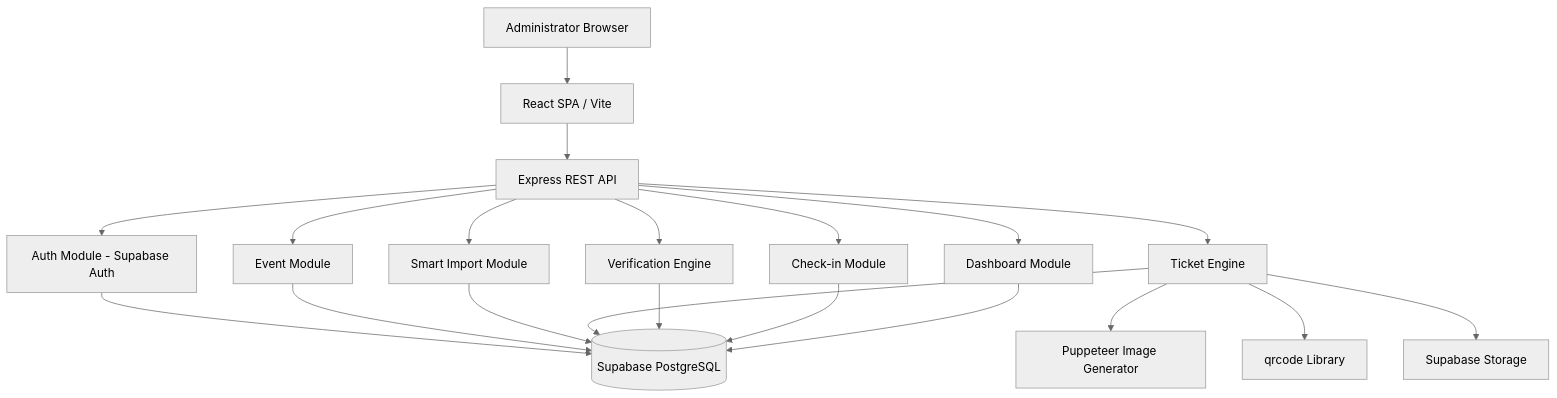
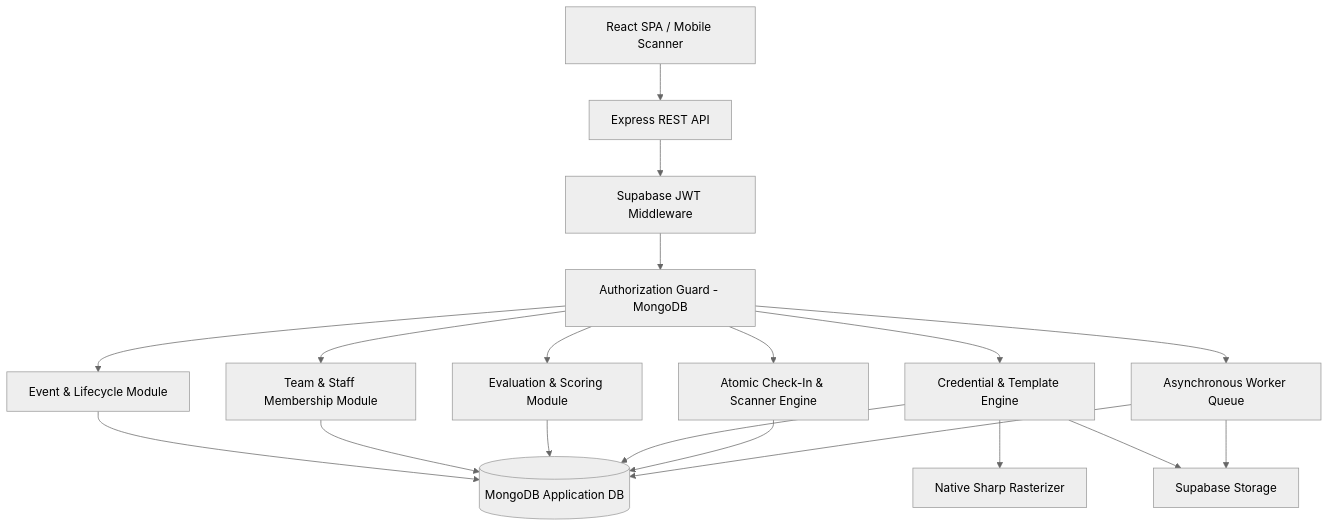
The diagram in docs/architecture.md (praveen00198/ticketification), drawn with Mermaid (neutral theme) before and after one commit. The commit also changed other lines of this file and 228 other files, not shown here.

Commit message:
feat: implement full-stack event ticketing platform with client and server modules

````diff
--- a/docs/architecture.md
+++ b/docs/architecture.md
@@ -6,24 +9,24 @@
 ```mermaid
 flowchart TD
-    Admin[Administrator Browser] --> Client[React SPA / Vite]
-    Client --> API[Express REST API]
-    API --> AuthModule[Auth Module - Supabase Auth]
-    API --> EventModule[Event Module]
-    API --> ImportModule[Smart Import Module]
-    API --> TicketModule[Ticket Engine]
-    API --> VerifyModule[Verification Engine]
-    API --> CheckinModule[Check-in Module]
-    API --> DashModule[Dashboard Module]
+    Client[React SPA / Mobile Scanner] --> API[Express REST API]
+    API --> AuthMW[Supabase JWT Middleware]
+    AuthMW --> RBAC[Authorization Guard - MongoDB]
     
-    TicketModule --> Puppeteer[Puppeteer Image Generator]
-    TicketModule --> QrGen[qrcode Library]
-    TicketModule --> Storage[Supabase Storage]
+    RBAC --> EventMod[Event & Lifecycle Module]
+    RBAC --> MemberMod[Team & Staff Membership Module]
+    RBAC --> EvalMod[Evaluation & Scoring Module]
+    RBAC --> CredMod[Credential & Template Engine]
+    RBAC --> CheckinMod[Atomic Check-In & Scanner Engine]
+    RBAC --> JobMod[Asynchronous Worker Queue]
     
-    AuthModule --> DB[(Supabase PostgreSQL)]
-    EventModule --> DB
-    ImportModule --> DB
-    TicketModule --> DB
-    VerifyModule --> DB
-    CheckinModule --> DB
-    DashModule --> DB
+    CredMod --> SharpEngine[Native Sharp Rasterizer]
+    CredMod --> SupaStorage[Supabase Storage]
+    JobMod --> SupaStorage
+    
+    EventMod --> MongoDB[(MongoDB Application DB)]
+    MemberMod --> MongoDB
+    EvalMod --> MongoDB
+    CredMod --> MongoDB
+    CheckinMod --> MongoDB
+    JobMod --> MongoDB
 ```
````
